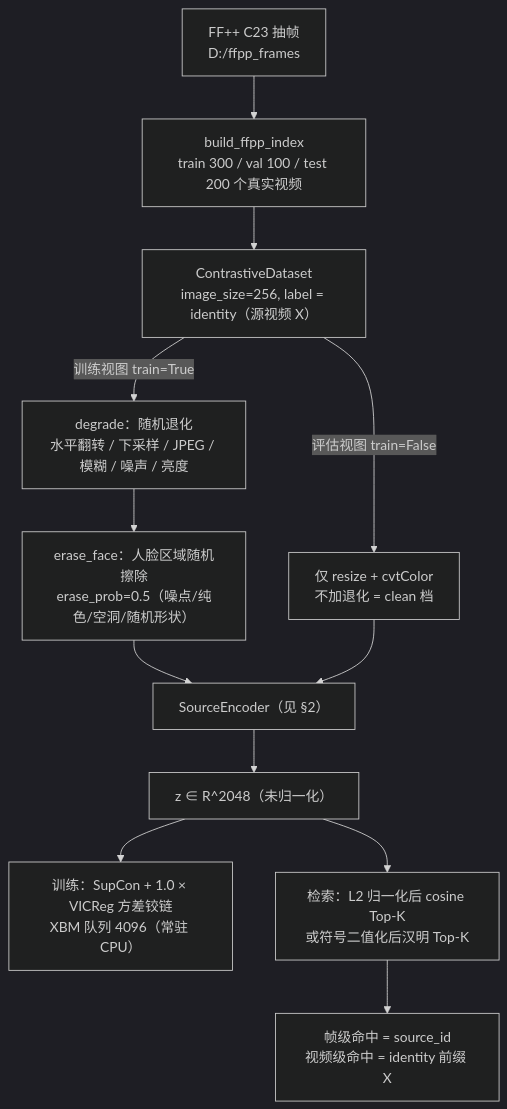
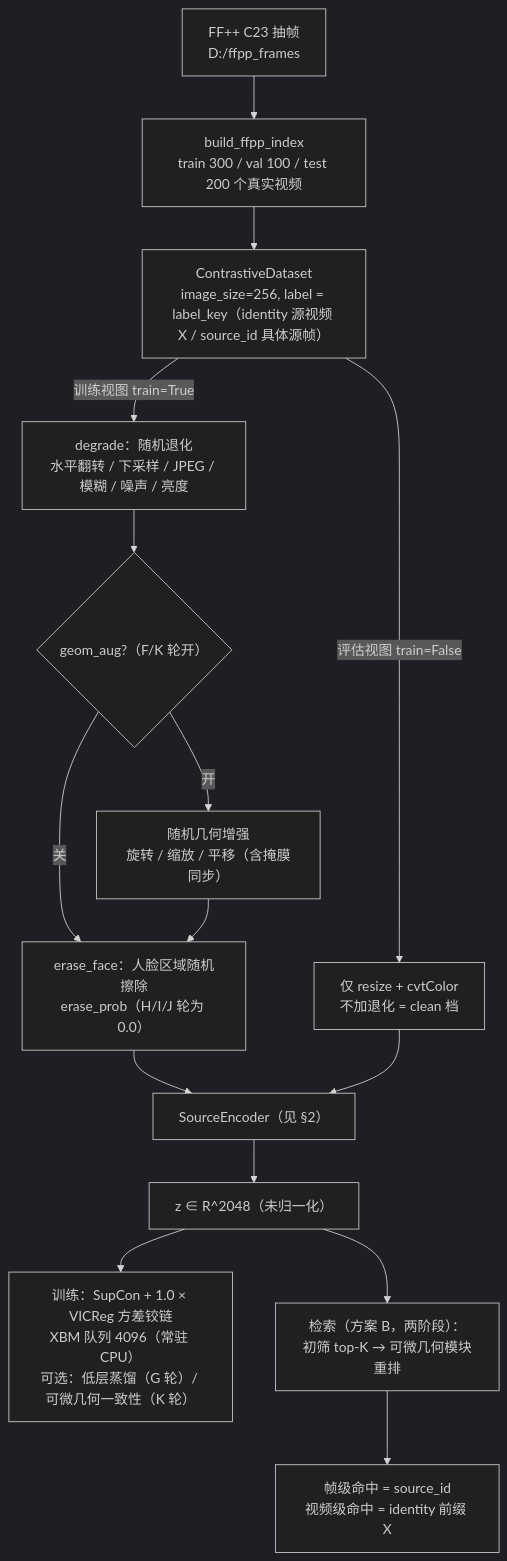
One commit to Lukas-VI/AURA changed the first of 9 diagrams in docs/AURA_模型结构图.md. Above: the diagram before and after it, drawn with Mermaid (dark theme). The commit also changed other lines of this file and 40 other files, not shown here.

````diff
--- a/docs/AURA_模型结构图.md
+++ b/docs/AURA_模型结构图.md
@@ -12,17 +12,20 @@
 ```mermaid
 flowchart TB
     A["FF++ C23 抽帧<br/>D:/ffpp_frames"] --> I["build_ffpp_index<br/>train 300 / val 100 / test 200 个真实视频"]
-    I --> DS["ContrastiveDataset<br/>image_size=256, label = identity（源视频 X）"]
+    I --> DS["ContrastiveDataset<br/>image_size=256, label = label_key（identity 源视频 X / source_id 具体源帧）"]
 
     DS -->|训练视图 train=True| TR["degrade：随机退化<br/>水平翻转 / 下采样 / JPEG / 模糊 / 噪声 / 亮度"]
-    TR --> ER["erase_face：人脸区域随机擦除<br/>erase_prob=0.5（噪点/纯色/空洞/随机形状）"]
-    ER --> ENC["SourceEncoder（见 §2）"]
+    TR --> GA{"geom_aug?（F/K 轮开）"}
+    GA -->|开| G1["随机几何增强<br/>旋转 / 缩放 / 平移（含掩膜同步）"]
+    GA -->|关| ER
+    G1 --> ER
+    ER["erase_face：人脸区域随机擦除<br/>erase_prob（H/I/J 轮为 0.0）"] --> ENC["SourceEncoder（见 §2）"]
 
     DS -->|评估视图 train=False| CL["仅 resize + cvtColor<br/>不加退化 = clean 档"]
     CL --> ENC
 
     ENC --> Z["z ∈ R^2048（未归一化）"]
-    Z --> LOSS["训练：SupCon + 1.0 × VICReg 方差铰链<br/>XBM 队列 4096（常驻 CPU）"]
-    Z --> RET["检索：L2 归一化后 cosine Top-K<br/>或符号二值化后汉明 Top-K"]
+    Z --> LOSS["训练：SupCon + 1.0 × VICReg 方差铰链<br/>XBM 队列 4096（常驻 CPU）<br/>可选：低层蒸馏（G 轮）/ 可微几何一致性（K 轮）"]
+    Z --> RET["检索（方案 B，两阶段）：<br/>初筛 top-K → 可微几何模块重排"]
     RET --> MET["帧级命中 = source_id<br/>视频级命中 = identity 前缀 X"]
 ```
````
